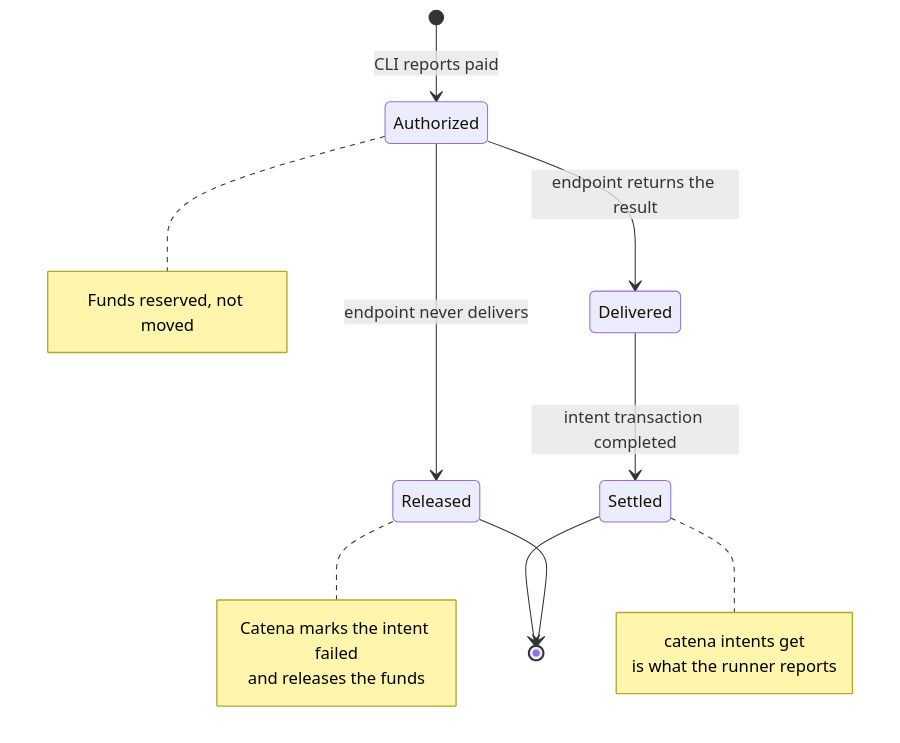
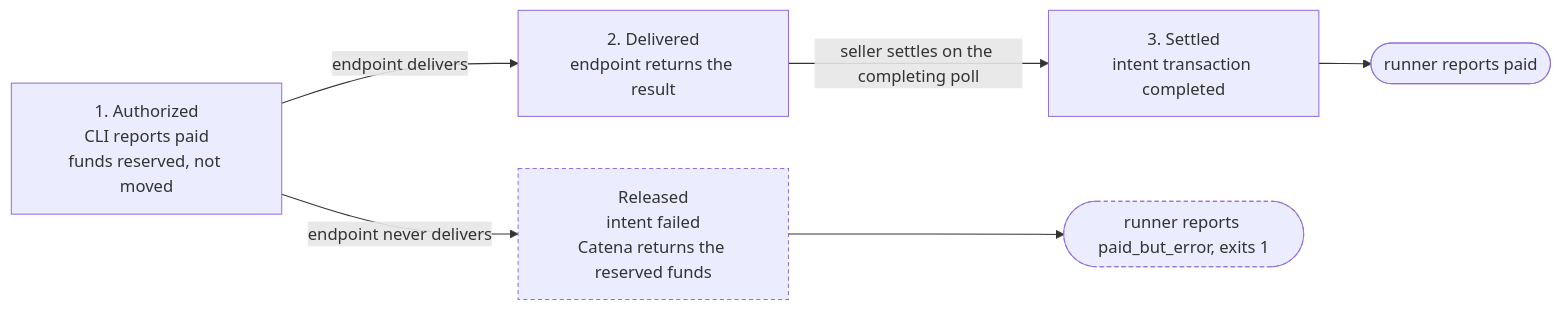
One commit to EfeDurmaz16/catena-x402-metered-agent-demo changed the third of 3 diagrams in docs/architecture.md. Above: the diagram before and after it, drawn with Mermaid.

Commit message:
docs: redraw the payment-truth diagram as a linear flow
The state diagram's notes pushed the states apart and buried the three
stages they were meant to explain. A flowchart puts the spine in one line
and hangs the failure branch off it, with what the runner reports at each
terminal.

````diff
--- a/docs/architecture.md
+++ b/docs/architecture.md
@@ -61,23 +61,17 @@
 ```mermaid
-stateDiagram-v2
-  [*] --> Authorized: CLI reports paid
-  note right of Authorized
-    Funds reserved, not moved
-  end note
+flowchart LR
+  A["1. Authorized<br/>CLI reports paid<br/>funds reserved, not moved"]
+  D["2. Delivered<br/>endpoint returns the result"]
+  S["3. Settled<br/>intent transaction completed"]
+  R["Released<br/>intent failed<br/>Catena returns the reserved funds"]
 
-  Authorized --> Delivered: endpoint returns the result
-  Authorized --> Released: endpoint never delivers
-  note right of Released
-    Catena marks the intent failed
-    and releases the funds
-  end note
+  A -->|endpoint delivers| D
+  D -->|seller settles on the completing poll| S
+  A -->|endpoint never delivers| R
 
-  Delivered --> Settled: intent transaction completed
-  note right of Settled
-    catena intents get
-    is what the runner reports
-  end note
+  S --> OK([runner reports paid])
+  R --> ERR([runner reports paid_but_error, exits 1])
 
-  Settled --> [*]
-  Released --> [*]
+  classDef bad stroke-dasharray: 4 3
+  class R,ERR bad
 ```
````
